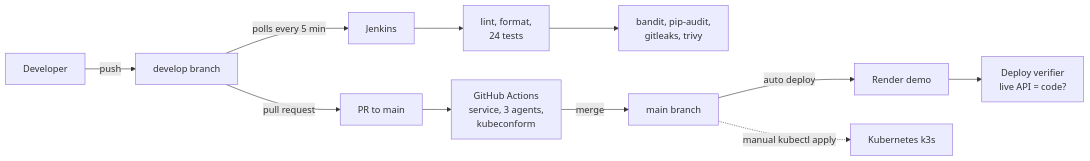
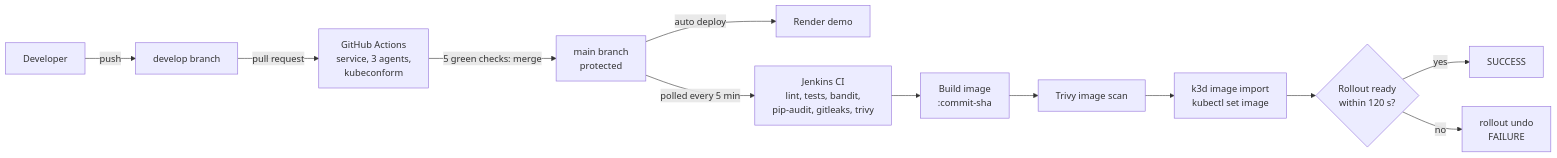
Before and after one commit to saroatov2910/welos-ai: the third of 3 diagrams in README.md, drawn with Mermaid. The commit also changed other lines of this file and 1 other file, not shown here.

Commit message:
docs: document CD, verified rollback, Jenkins as code and the roadmap

````diff
--- a/README.md
+++ b/README.md
@@ -129,13 +133,14 @@
 ```mermaid
 flowchart LR
     dev[Developer] -->|push| develop[develop branch]
-    develop -->|polls every 5 min| jenkins[Jenkins]
-    jenkins --> checks[lint, format,<br/>24 tests]
-    checks --> scans[bandit, pip-audit,<br/>gitleaks, trivy]
-    develop -->|pull request| pr[PR to main]
-    pr --> gha[GitHub Actions<br/>service, 3 agents,<br/>kubeconform]
-    gha -->|merge| main[main branch]
+    develop -->|pull request| gha[GitHub Actions<br/>service, 3 agents,<br/>kubeconform]
+    gha -->|5 green checks: merge| main[main branch<br/>protected]
     main -->|auto deploy| render[Render demo]
-    main -.->|manual kubectl apply| k8s[Kubernetes k3s]
-    render --> verify[Deploy verifier<br/>live API = code?]
+    main -->|polled every 5 min| ci[Jenkins CI<br/>lint, tests, bandit,<br/>pip-audit, gitleaks, trivy]
+    ci --> build[Build image<br/>:commit-sha]
+    build --> scan[Trivy image scan]
+    scan --> deploy[k3d image import<br/>kubectl set image]
+    deploy --> verify{Rollout ready<br/>within 120 s?}
+    verify -->|yes| ok[SUCCESS]
+    verify -->|no| undo[rollout undo<br/>FAILURE]
 ```
````
